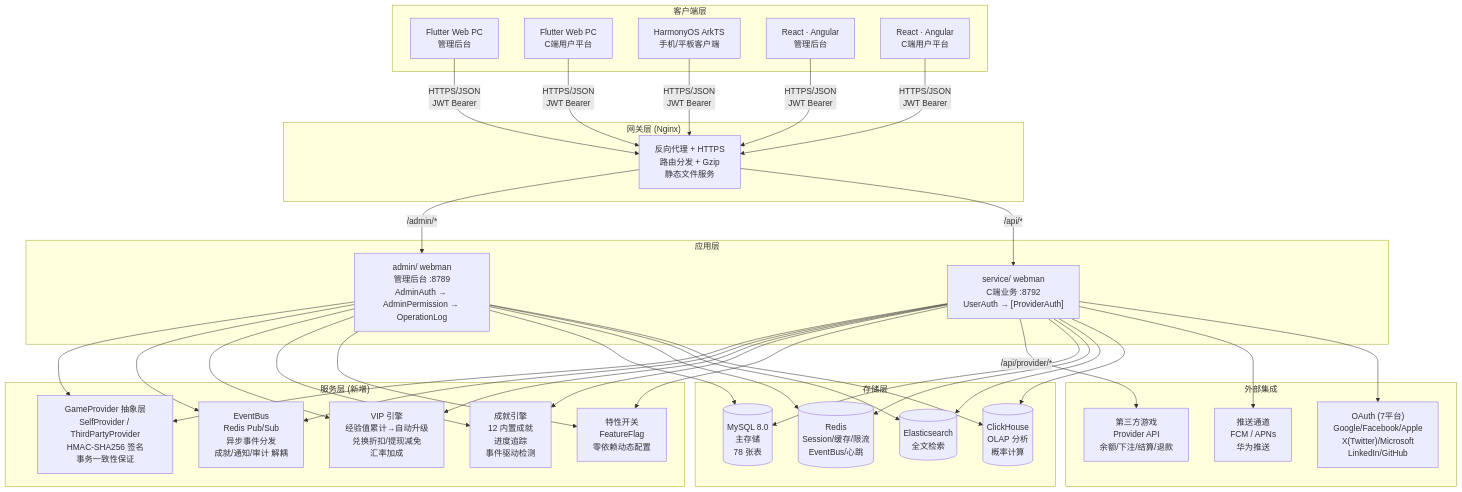
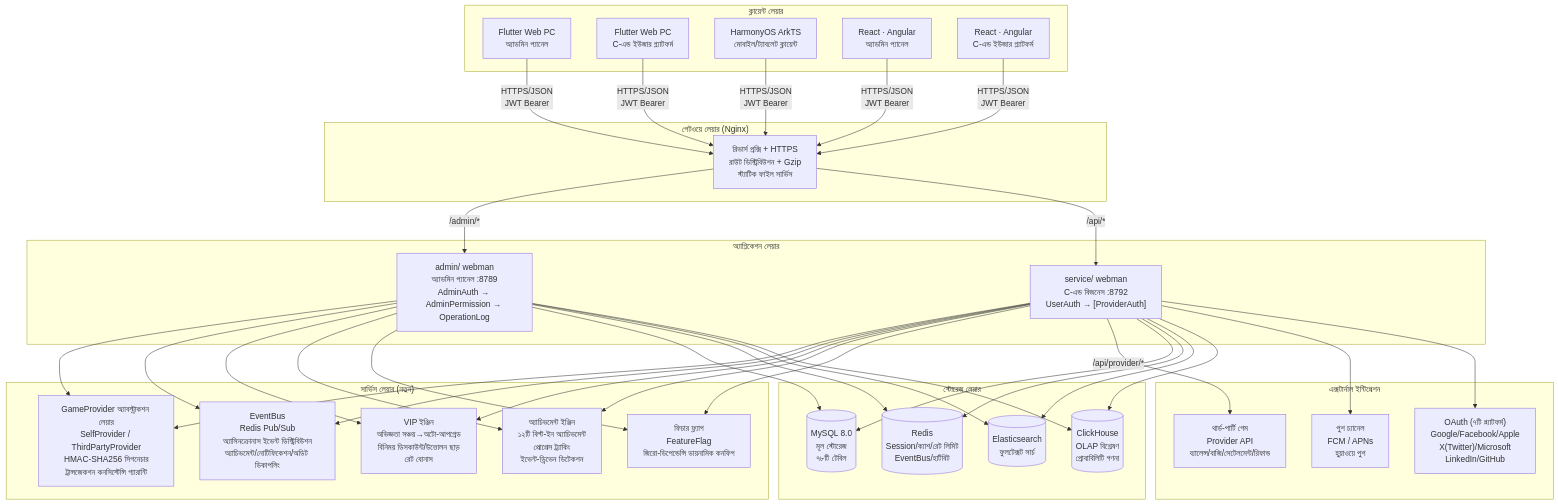
Before and after one commit to erikwang2013/game-platform-php: the first of 2 diagrams in docs/ARCHITECTURE.bn.md, drawn with Mermaid. The commit also changed other lines of this file and 211 other files, not shown here.

First line of the commit message:
fix: 支付配置读回类型根治、提现事件对账巡检，12 语族 mermaid 与 API 标签本地化

````diff
--- a/docs/ARCHITECTURE.bn.md
+++ b/docs/ARCHITECTURE.bn.md
@@ -11,48 +11,48 @@
 ```mermaid
 flowchart TB
-    subgraph "客户端层"
-        A1["Flutter Web PC<br/>管理后台"]
-        A2["Flutter Web PC<br/>C端用户平台"]
-        A3["HarmonyOS ArkTS<br/>手机/平板客户端"]
-        A4["React · Angular<br/>管理后台"]
-        A5["React · Angular<br/>C端用户平台"]
+    subgraph "ক্লায়েন্ট লেয়ার"
+        A1["Flutter Web PC<br/>অ্যাডমিন প্যানেল"]
+        A2["Flutter Web PC<br/>C-এন্ড ইউজার প্ল্যাটফর্ম"]
+        A3["HarmonyOS ArkTS<br/>মোবাইল/ট্যাবলেট ক্লায়েন্ট"]
+        A4["React · Angular<br/>অ্যাডমিন প্যানেল"]
+        A5["React · Angular<br/>C-এন্ড ইউজার প্ল্যাটফর্ম"]
     end
 
-    subgraph "网关层 (Nginx)"
-        B1["反向代理 + HTTPS<br/>路由分发 + Gzip<br/>静态文件服务"]
+    subgraph "গেটওয়ে লেয়ার (Nginx)"
+        B1["রিভার্স প্রক্সি + HTTPS<br/>রাউট ডিস্ট্রিবিউশন + Gzip<br/>স্ট্যাটিক ফাইল সার্ভিস"]
     end
 
-    subgraph "应用层"
-        C1["admin/ webman<br/>管理后台 :8789<br/>AdminAuth → AdminPermission → OperationLog"]
-        C2["service/ webman<br/>C端业务 :8792<br/>UserAuth → [ProviderAuth]"]
+    subgraph "অ্যাপ্লিকেশন লেয়ার"
+        C1["admin/ webman<br/>অ্যাডমিন প্যানেল :8789<br/>AdminAuth → AdminPermission → OperationLog"]
+        C2["service/ webman<br/>C-এন্ড বিজনেস :8792<br/>UserAuth → [ProviderAuth]"]
     end
 
-    subgraph "服务层 (新增)"
-        D0["GameProvider 抽象层<br/>SelfProvider / ThirdPartyProvider<br/>HMAC-SHA256 签名<br/>事务一致性保证"]
-        D1["EventBus<br/>Redis Pub/Sub<br/>异步事件分发<br/>成就/通知/审计 解耦"]
-        D2["VIP 引擎<br/>经验值累计→自动升级<br/>兑换折扣/提现减免<br/>汇率加成"]
-        D3["成就引擎<br/>12 内置成就<br/>进度追踪<br/>事件驱动检测"]
-        D4["特性开关<br/>FeatureFlag<br/>零依赖动态配置"]
+    subgraph "সার্ভিস লেয়ার (নতুন)"
+        D0["GameProvider অ্যাবস্ট্রাকশন লেয়ার<br/>SelfProvider / ThirdPartyProvider<br/>HMAC-SHA256 সিগনেচার<br/>ট্রান্সজেকশন কনসিস্টেন্সি গ্যারান্টি"]
+        D1["EventBus<br/>Redis Pub/Sub<br/>অ্যাসিনক্রোনাস ইভেন্ট ডিস্ট্রিবিউশন<br/>অ্যাচিভমেন্ট/নোটিফিকেশন/অডিট ডিকাপলিং"]
+        D2["VIP ইঞ্জিন<br/>অভিজ্ঞতা সঞ্চয়→অটো-আপগ্রেড<br/>বিনিময় ডিসকাউন্ট/উত্তোলন ছাড়<br/>রেট বোনাস"]
+        D3["অ্যাচিভমেন্ট ইঞ্জিন<br/>১২টি বিল্ট-ইন অ্যাচিভমেন্ট<br/>প্রোগ্রেস ট্র্যাকিং<br/>ইভেন্ট-ড্রিভেন ডিটেকশন"]
+        D4["ফিচার ফ্ল্যাগ<br/>FeatureFlag<br/>জিরো-ডিপেন্ডেন্সি ডায়নামিক কনফিগ"]
     end
 
-    subgraph "存储层"
-        E1[("MySQL 8.0<br/>主存储<br/>78 张表")]
-        E2[("Redis<br/>Session/缓存/限流<br/>EventBus/心跳")]
-        E3[("Elasticsearch<br/>全文检索")]
-        E4[("ClickHouse<br/>OLAP 分析<br/>概率计算")]
+    subgraph "স্টোরেজ লেয়ার"
+        E1[("MySQL 8.0<br/>মূল স্টোরেজ<br/>৭৮টি টেবিল")]
+        E2[("Redis<br/>Session/ক্যাশ/রেট লিমিট<br/>EventBus/হার্টবিট")]
+        E3[("Elasticsearch<br/>ফুলটেক্সট সার্চ")]
+        E4[("ClickHouse<br/>OLAP বিশ্লেষণ<br/>প্রোবাবিলিটি গণনা")]
     end
 
-    subgraph "外部集成"
-        F1["第三方游戏<br/>Provider API<br/>余额/下注/结算/退款"]
-        F2["推送通道<br/>FCM / APNs<br/>华为推送"]
-        F3["OAuth (7平台)<br/>Google/Facebook/Apple<br/>X(Twitter)/Microsoft<br/>LinkedIn/GitHub"]
+    subgraph "এক্সটার্নাল ইন্টিগ্রেশন"
+        F1["থার্ড-পার্টি গেম<br/>Provider API<br/>ব্যালেন্স/বাজি/সেটেলমেন্ট/রিফান্ড"]
+        F2["পুশ চ্যানেল<br/>FCM / APNs<br/>হুয়াওয়ে পুশ"]
+        F3["OAuth (৭টি প্ল্যাটফর্ম)<br/>Google/Facebook/Apple<br/>X(Twitter)/Microsoft<br/>LinkedIn/GitHub"]
     end
 
     A1 & A2 & A3 & A4 & A5 -->|"HTTPS/JSON<br/>JWT Bearer"| B1
     B1 -->|"/admin/*"| C1
     B1 -->|"/api/*"| C2
     C1 & C2 --> D0 & D1 & D2 & D3 & D4
     C2 -->|"/api/provider/*"| F1
     C1 & C2 --> E1 & E2 & E3 & E4
     C2 --> F2 & F3
 ```
````
